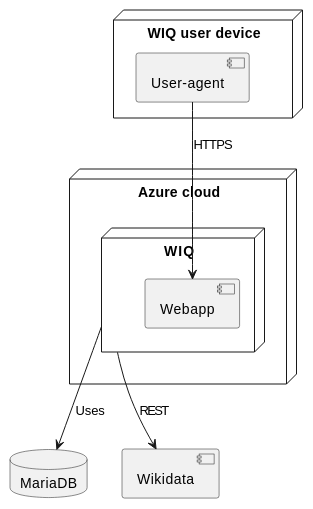
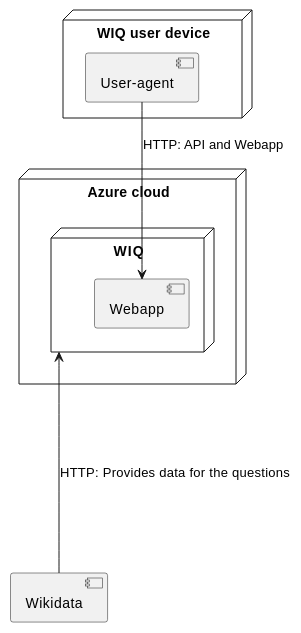
The second of 2 diagrams in docs/src/03_system_scope_and_context.adoc (Arquisoft/wiq_es1c), drawn with PlantUML before and after one commit. The commit also changed other lines of this file, not shown here.

Commit message:
Point 03 updated

```diff
--- a/docs/src/03_system_scope_and_context.adoc
+++ b/docs/src/03_system_scope_and_context.adoc
@@ -33,19 +33,15 @@
 [plantuml, "technicalcontext", png]
 ----
 node "Azure cloud" {
   node "WIQ" {
-[Webapp]
-}
+    [Webapp]
+  }
 }
 
 node "WIQ user device" {
-[User-agent]
+  [User-agent]
 }
 
-[User-agent] --> Webapp: HTTPS
-
-database "MariaDB"
-
-WIQ --> [Wikidata]: REST
-WIQ --> MariaDB: Uses
+[User-agent] --> Webapp: HTTP: API and Webapp
+[Wikidata] --up--> WIQ : HTTP: Provides data for the questions
 ----
```
